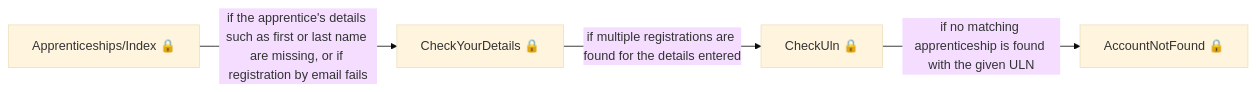
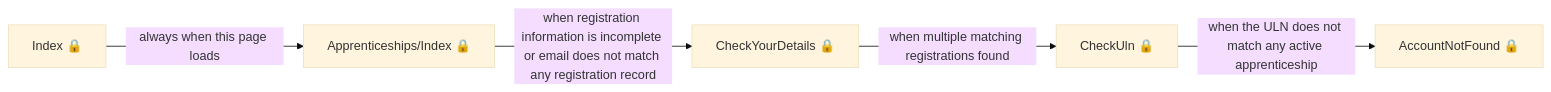
The seventh of 7 diagrams in das-apprentice-commitments-web/user-journeys/user-journeys.md (talentconsulting/atlas-dfe), drawn with Mermaid (base theme) before and after one commit. The commit also changed other lines of this file and 36 other files, not shown here.

````diff
--- a/das-apprentice-commitments-web/user-journeys/user-journeys.md
+++ b/das-apprentice-commitments-web/user-journeys/user-journeys.md
@@ -82,6 +76,7 @@
 ```mermaid
 flowchart LR
-  p0["Apprenticeships/Index 🔒"] -->|"if the apprentice's details such as first or last name are missing, or if registration by email fails"| p1["CheckYourDetails 🔒"]
-  p1["CheckYourDetails 🔒"] -->|"if multiple registrations are found for the details entered"| p2["CheckUln 🔒"]
-  p2["CheckUln 🔒"] -->|"if no matching apprenticeship is found with the given ULN"| p3["AccountNotFound 🔒"]
+  p0["Index 🔒"] -->|"always when this page loads"| p1["Apprenticeships/Index 🔒"]
+  p1["Apprenticeships/Index 🔒"] -->|"when registration information is incomplete or email does not match any registration record"| p2["CheckYourDetails 🔒"]
+  p2["CheckYourDetails 🔒"] -->|"when multiple matching registrations found"| p3["CheckUln 🔒"]
+  p3["CheckUln 🔒"] -->|"when the ULN does not match any active apprenticeship"| p4["AccountNotFound 🔒"]
 ```
````
